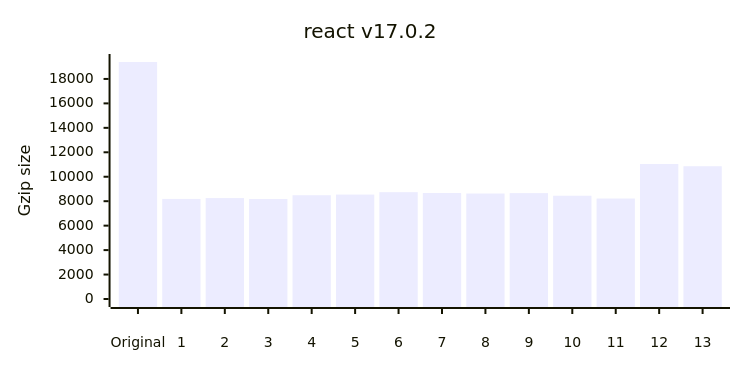
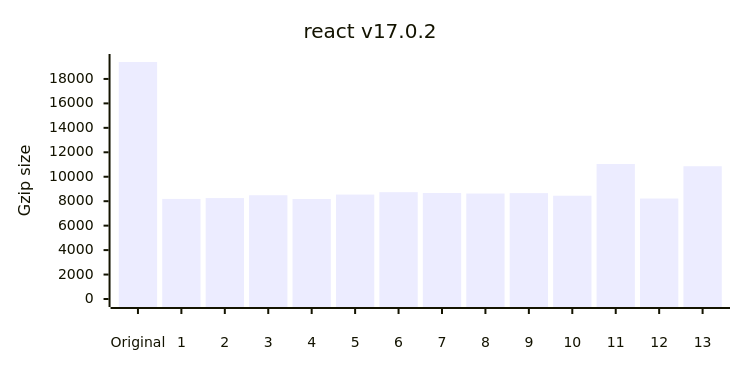
The first of 12 diagrams in README.md (privatenumber/minification-benchmarks), drawn with Mermaid before and after one commit. The commit also changed other lines of this file, not shown here.

````diff
--- a/README.md
+++ b/README.md
@@ -86,17 +86,17 @@
 ```mermaid
 ---
 config:
     xyChart:
         width: 720
         height: 360
         xAxis:
             labelPadding: 20
         yAxis:
             labelPadding: 10
 ---
 xychart-beta
 	title "react v17.0.2"
 	x-axis ["Original",1,2,3,4,5,6,7,8,9,10,11,12,13]
 	y-axis "Gzip size" 0 --> 19385
-	bar [19385,8186,8255,8177,8487,8543,8739,8668,8628,8661,8448,8216,11040,10858]
+	bar [19385,8186,8255,8487,8177,8543,8739,8668,8628,8661,8448,11040,8216,10858]
 ```
````
